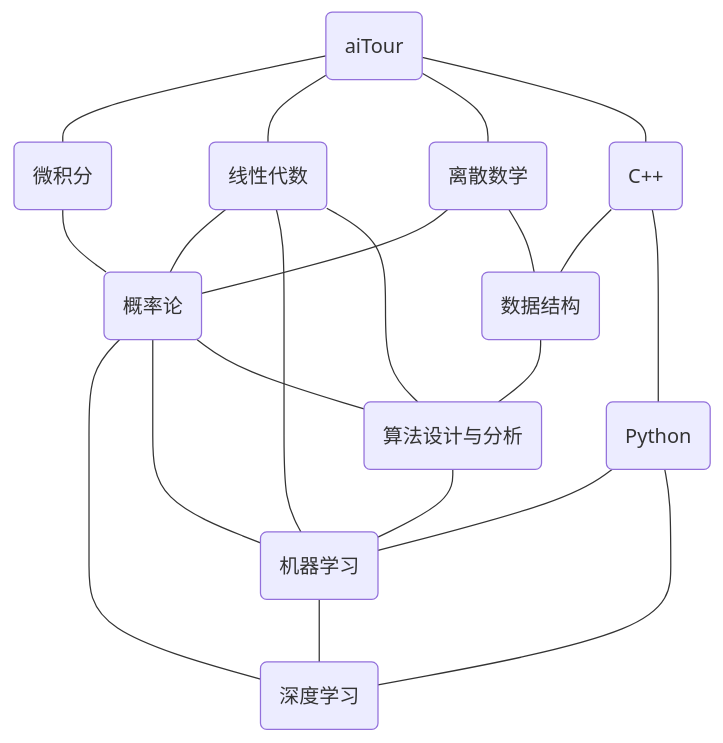
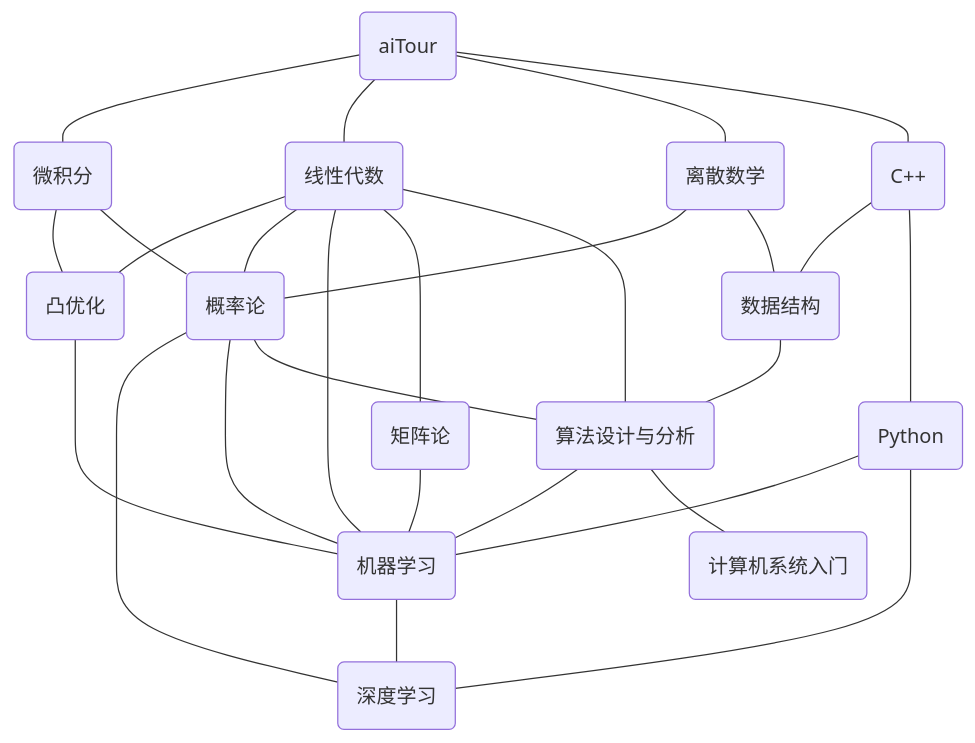
Before and after one commit to KinnariyaMamaTanha/aiTour: the diagram in docs/learning-path.md, drawn with Mermaid. The commit also changed other lines of this file and 24 other files, not shown here.

````diff
--- a/docs/learning-path.md
+++ b/docs/learning-path.md
@@ -5,47 +5,59 @@
 ```mermaid
 graph TD
     aiTour(aiTour)
     A(C++)
     B(Python)
     C(微积分)
     D(线性代数)
     E(离散数学)
     F(算法设计与分析)
     G(数据结构)
     H(概率论)
     I(机器学习)
     J(深度学习)
+    K(凸优化)
+    L(计算机系统入门)
+    M(矩阵论)
 
     click aiTour "../"
     click A "../da-yi-shang/c++/"
     click B "../da-yi-shang/python/"
     click C "../da-yi-shang/calculus-1/"
     click D "../da-yi-shang/linear-algebra/"
     click E "../da-yi-shang/discrete-math/"
     click F "../da-yi-han-jia/algorithm/"
     click G "../da-yi-han-jia/data-structure/"
     click H "../da-yi-xia/probability/"
     click I "../da-yi-xia/machine-learning/"
     click J "../da-yi-xia/deep-learning/"
+    click K "../da-yi-shu-jia/convex-optimization/"
+    click L "../da-yi-shu-jia/CSAPP/"
+    click M "../da-yi-shu-jia/matrix-theory/"
 
     aiTour---C
     aiTour---D
     aiTour---E
     aiTour---A
     A---G
     A---B
     B---I
     B---J
+    C---K
+    D---K
     C---H
     D---H
     D---I
+    D---M
     D---F
     E---H
     E---G
     F---I
+    F---L
     G---F
     H---J
     H---I
     H---F
     I---J
+    M---I
+    K---I
 ```
````
